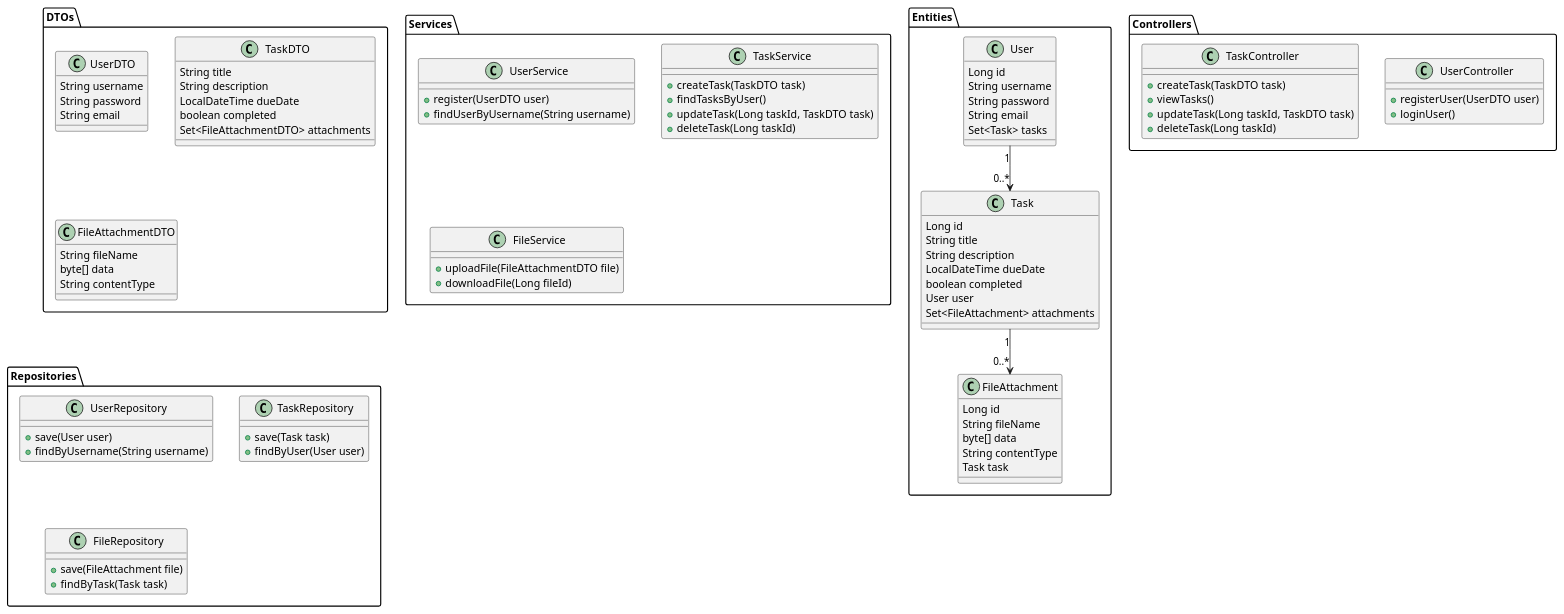
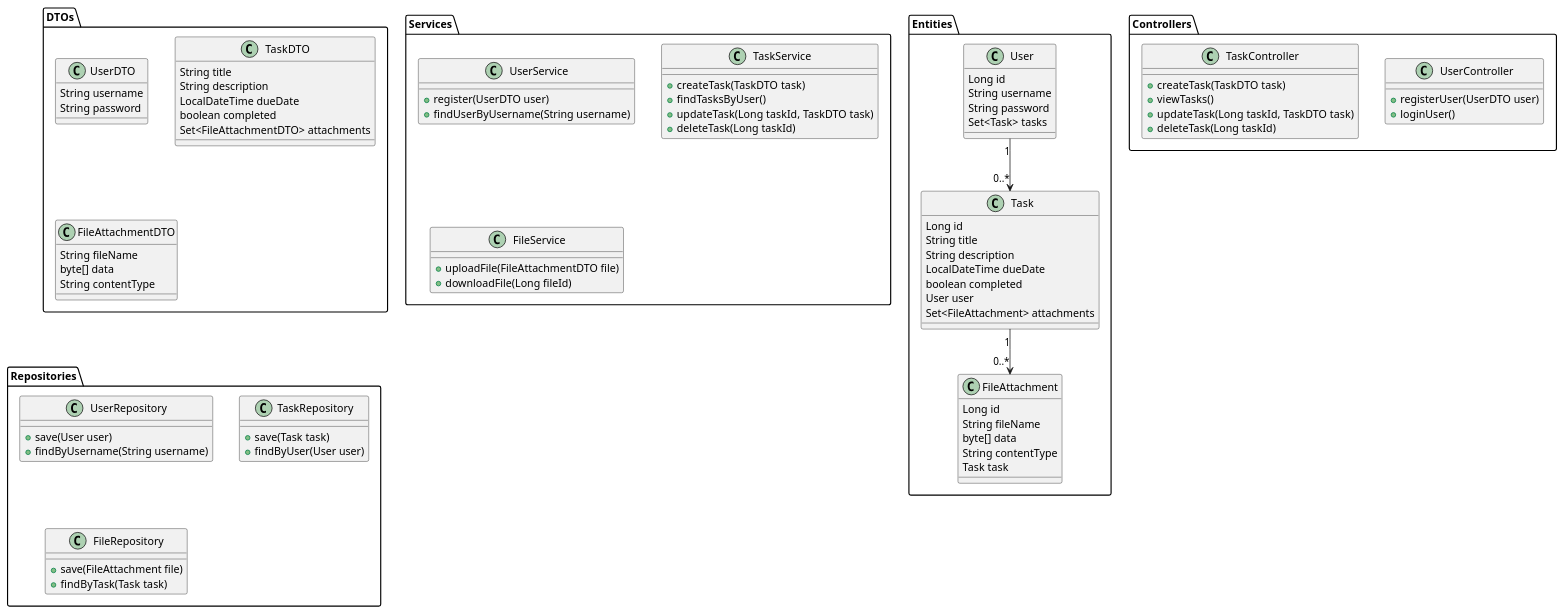
The diagram in docs/class-diagram.puml (OleksandrProkopenkoDev/todo-list), drawn with PlantUML before and after one commit. The commit also changed 12 other files, not shown here.

```diff
--- a/docs/class-diagram.puml
+++ b/docs/class-diagram.puml
@@ -1,106 +1,104 @@
 @startuml
 
 package "Entities" {
   class User {
     Long id
     String username
     String password
-    String email
     Set<Task> tasks
   }
 
   class Task {
     Long id
     String title
     String description
     LocalDateTime dueDate
     boolean completed
     User user
     Set<FileAttachment> attachments
   }
 
   class FileAttachment {
     Long id
     String fileName
     byte[] data
     String contentType
     Task task
   }
 }
 
 package "DTOs" {
   class UserDTO {
     String username
     String password
-    String email
   }
 
   class TaskDTO {
     String title
     String description
     LocalDateTime dueDate
     boolean completed
     Set<FileAttachmentDTO> attachments
   }
 
   class FileAttachmentDTO {
     String fileName
     byte[] data
     String contentType
   }
 }
 
 package "Controllers" {
   class UserController {
     + registerUser(UserDTO user)
     + loginUser()
   }
 
   class TaskController {
     + createTask(TaskDTO task)
     + viewTasks()
     + updateTask(Long taskId, TaskDTO task)
     + deleteTask(Long taskId)
   }
 }
 
 package "Services" {
   class UserService {
     + register(UserDTO user)
     + findUserByUsername(String username)
   }
 
   class TaskService {
     + createTask(TaskDTO task)
     + findTasksByUser()
     + updateTask(Long taskId, TaskDTO task)
     + deleteTask(Long taskId)
   }
 
   class FileService {
     + uploadFile(FileAttachmentDTO file)
     + downloadFile(Long fileId)
   }
 }
 
 package "Repositories" {
   class UserRepository {
     + save(User user)
     + findByUsername(String username)
   }
 
   class TaskRepository {
     + save(Task task)
     + findByUser(User user)
   }
 
   class FileRepository {
     + save(FileAttachment file)
     + findByTask(Task task)
   }
 }
 
 User "1" --> "0..*" Task
 Task "1" --> "0..*" FileAttachment
 
 @enduml
```
